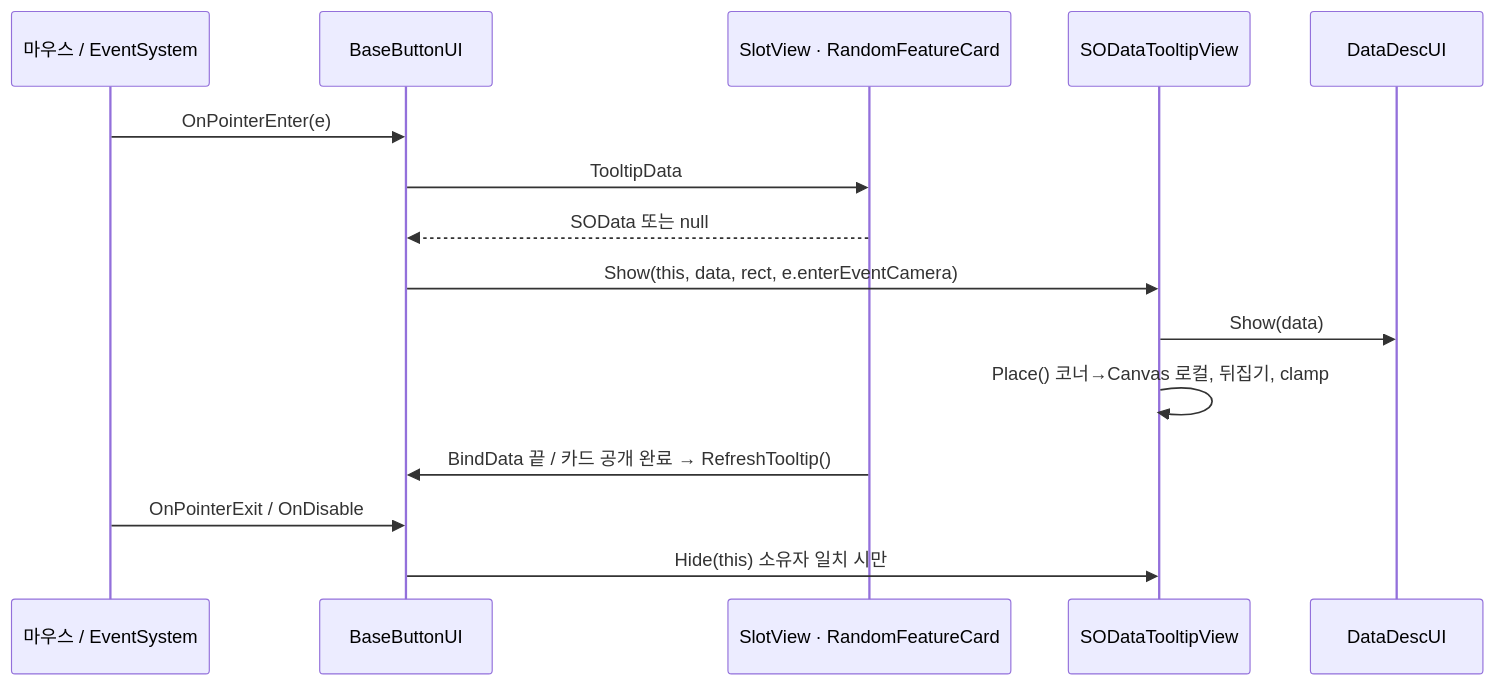
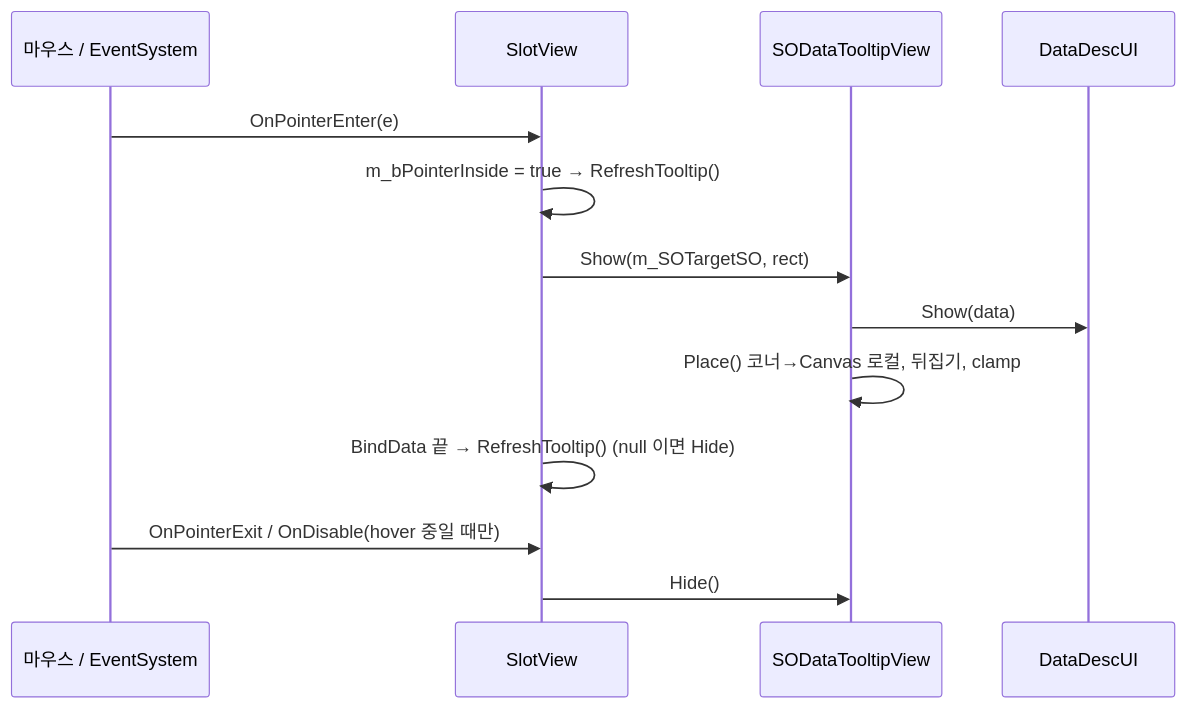
Before and after one commit to Wanghyesung/ECS: the first of 2 diagrams in .claude/docs/prd/SODataHoverTooltip.md, drawn with Mermaid. The commit also changed other lines of this file and 15 other files, not shown here.

````diff
--- a/.claude/docs/prd/SODataHoverTooltip.md
+++ b/.claude/docs/prd/SODataHoverTooltip.md
@@ -47,17 +45,15 @@
 ```mermaid
 sequenceDiagram
     participant M as 마우스 / EventSystem
-    participant B as BaseButtonUI
-    participant S as SlotView · RandomFeatureCard
+    participant S as SlotView
     participant T as SODataTooltipView
     participant D as DataDescUI
-    M->>B: OnPointerEnter(e)
-    B->>S: TooltipData
-    S-->>B: SOData 또는 null
-    B->>T: Show(this, data, rect, e.enterEventCamera)
+    M->>S: OnPointerEnter(e)
+    S->>S: m_bPointerInside = true → RefreshTooltip()
+    S->>T: Show(m_SOTargetSO, rect)
     T->>D: Show(data)
     T->>T: Place() 코너→Canvas 로컬, 뒤집기, clamp
-    S->>B: BindData 끝 / 카드 공개 완료 → RefreshTooltip()
-    M->>B: OnPointerExit / OnDisable
-    B->>T: Hide(this) 소유자 일치 시만
+    S->>S: BindData 끝 → RefreshTooltip() (null 이면 Hide)
+    M->>S: OnPointerExit / OnDisable(hover 중일 때만)
+    S->>T: Hide()
 ```
````
